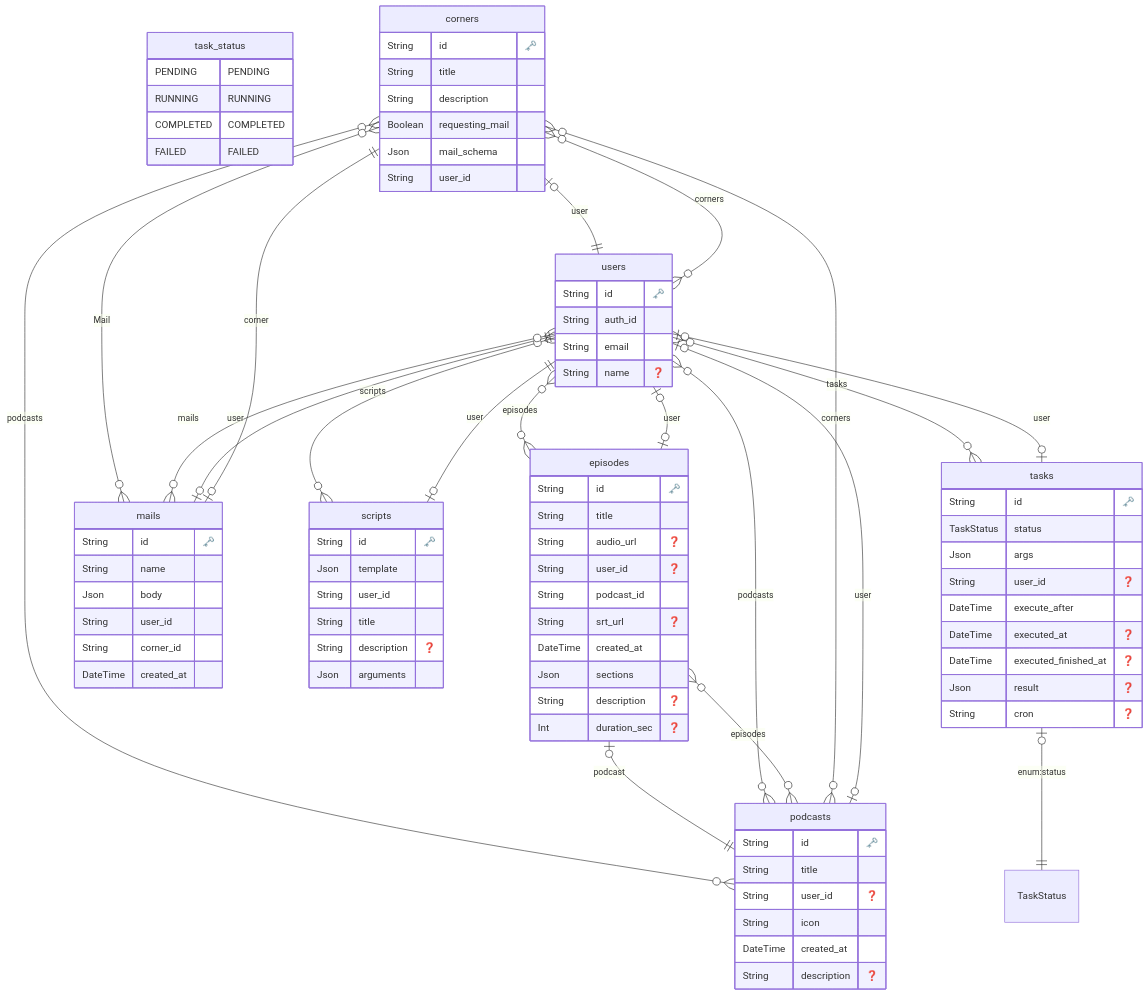
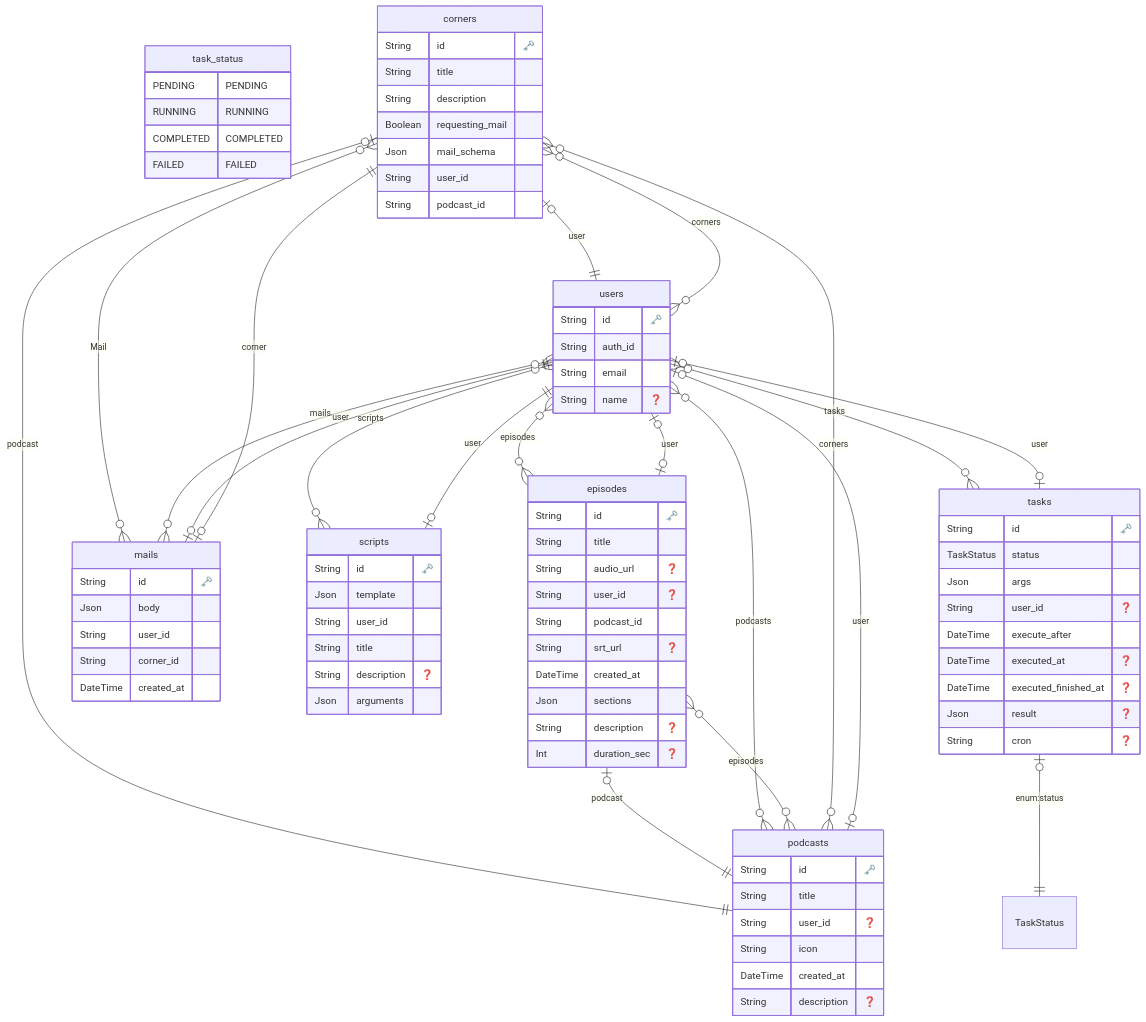
The diagram in api/prisma/schema/ERD.md (wakame-tech/botcast), drawn with Mermaid before and after one commit. The commit also changed 9 other files, not shown here.

```diff
--- a/api/prisma/schema/ERD.md
+++ b/api/prisma/schema/ERD.md
@@ -15,6 +15,7 @@
     Boolean requesting_mail 
     Json mail_schema 
     String user_id 
+    String podcast_id 
     }
   
 
@@ -34,7 +35,6 @@
 
   "mails" {
     String id "🗝️"
-    String name 
     Json body 
     String user_id 
     String corner_id 
@@ -83,7 +83,7 @@
     }
   
     "corners" o|--|| "users" : "user"
-    "corners" o{--}o "podcasts" : "podcasts"
+    "corners" o|--|| "podcasts" : "podcast"
     "corners" o{--}o "mails" : "Mail"
     "episodes" o|--|| "podcasts" : "podcast"
     "episodes" o|--|o "users" : "user"
```
